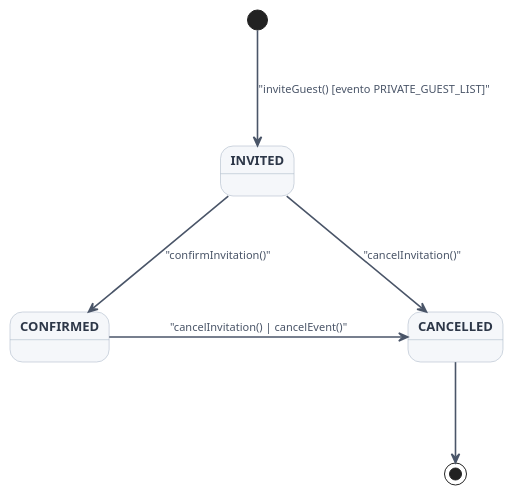
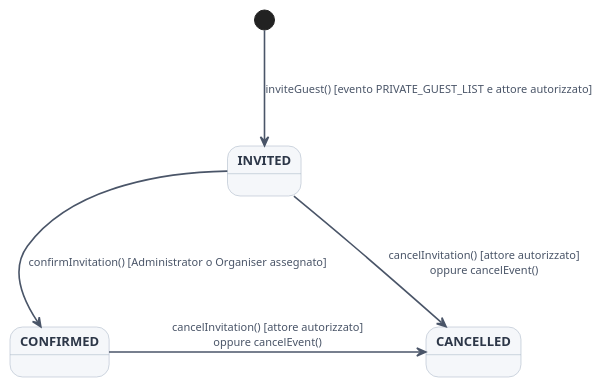
One commit to MeruemMeurel/Venue_Event_Organiser changed the diagram in docs/diagrams/states/state-guest.puml. Above: the diagram before and after it, drawn with PlantUML. The commit also changed 10 other files, not shown here.

```diff
--- a/docs/diagrams/states/state-guest.puml
+++ b/docs/diagrams/states/state-guest.puml
@@ -1,31 +1,30 @@
 @startuml
 skinparam style strictuml
 skinparam shadowing false
 skinparam DefaultFontName "Helvetica"
 skinparam DefaultFontSize 12
 
 skinparam state {
     BackgroundColor #F5F7FA
     BorderColor #A0AEC0
     FontColor #2D3748
     FontSize 13
     FontStyle bold
 
     ArrowColor #4A5568
     ArrowThickness 1.6
     ArrowFontColor #4A5568
     ArrowFontSize 11
 }
 
 skinparam ranksep 100
 skinparam nodesep 120
 
-[*] --> INVITED : "inviteGuest() [evento PRIVATE_GUEST_LIST]"
+[*] --> INVITED : inviteGuest() [evento PRIVATE_GUEST_LIST e attore autorizzato]
 
-INVITED --> CONFIRMED : "confirmInvitation()"
+INVITED --> CONFIRMED : confirmInvitation() [Administrator o Organiser assegnato]
 
-INVITED -right-> CANCELLED : "cancelInvitation()"
-CONFIRMED -right-> CANCELLED : "cancelInvitation() | cancelEvent()"
+INVITED -right-> CANCELLED : cancelInvitation() [attore autorizzato]\noppure cancelEvent()
+CONFIRMED -right-> CANCELLED : cancelInvitation() [attore autorizzato]\noppure cancelEvent()
 
-CANCELLED --> [*]
 @endum
```
